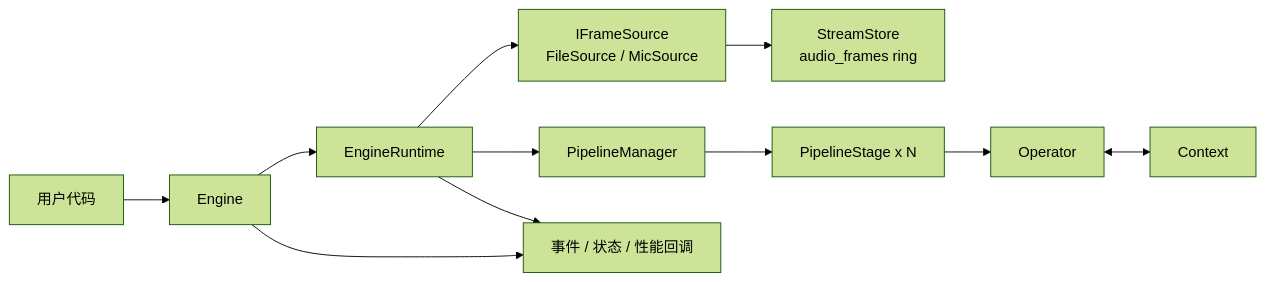
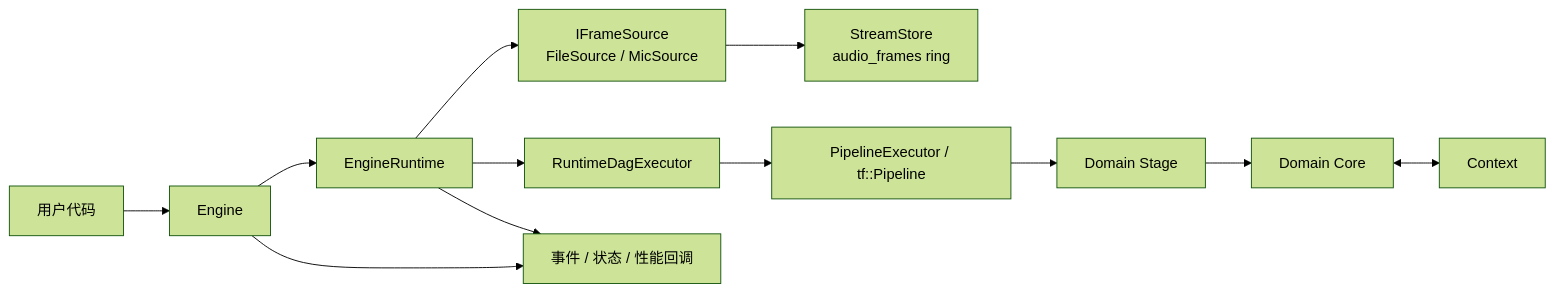
The first of 5 diagrams in doc/design.md (eagle-yw/Yspeech), drawn with Mermaid (forest theme) before and after one commit. The commit also changed other lines of this file and 82 other files, not shown here.

First line of the commit message:
feat: Architecture refactor - Introduce Domain/Capability architecture, reorganize module structure

````diff
--- a/doc/design.md
+++ b/doc/design.md
@@ -11,24 +13,26 @@
 ```mermaid
 flowchart LR
     user[用户代码]
     engine[Engine]
     runtime[EngineRuntime]
     source[IFrameSource<br/>FileSource / MicSource]
     store[StreamStore<br/>audio_frames ring]
-    manager[PipelineManager]
-    stage[PipelineStage x N]
-    op[Operator]
+    dag[RuntimeDagExecutor]
+    pipe[PipelineExecutor / tf::Pipeline]
+    stage[Domain Stage]
+    core[Domain Core]
     ctx[Context]
     callback[事件 / 状态 / 性能回调]
 
     user --> engine
     engine --> runtime
     runtime --> source
     source --> store
-    runtime --> manager
-    manager --> stage
-    stage --> op
-    op <--> ctx
+    runtime --> dag
+    dag --> pipe
+    pipe --> stage
+    stage --> core
+    core <--> ctx
     runtime --> callback
     engine --> callback
 ```
````
